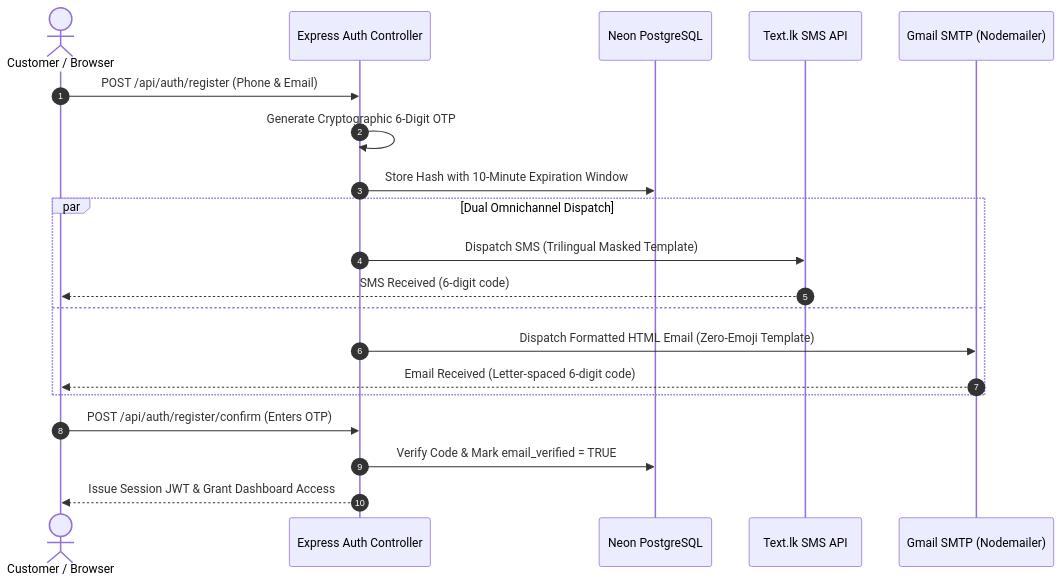
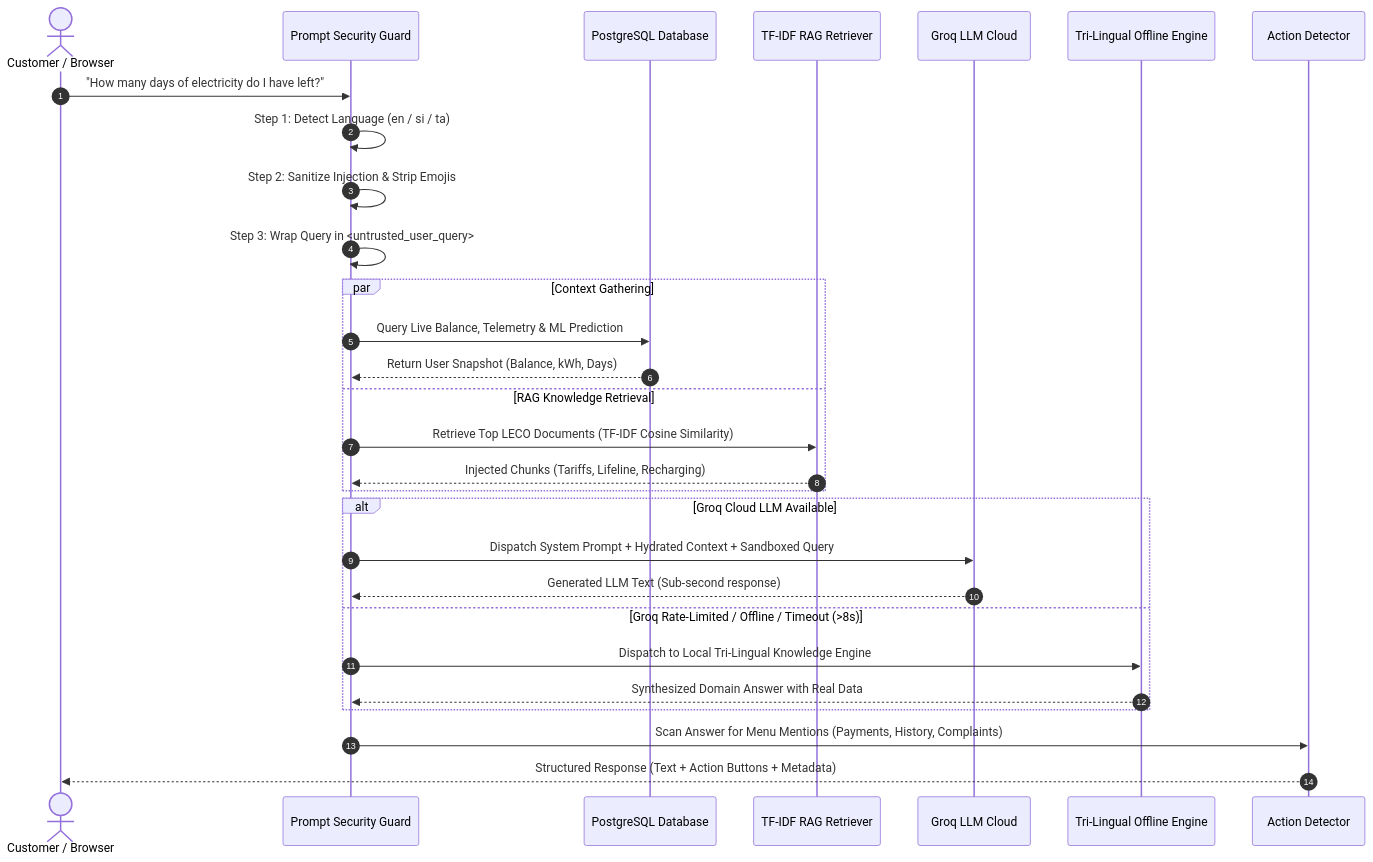
The second of 3 diagrams in README.md (kalharaCK/LECO-Smart-Electricity-Meter), drawn with Mermaid before and after one commit. The commit also changed other lines of this file, not shown here.

Commit message:
docs: complete enterprise README with deep-dive ML equations, RAG chatbot architecture, and component matrix

````diff
--- a/README.md
+++ b/README.md
@@ -459,25 +407,35 @@
 ```mermaid
 sequenceDiagram
     autonumber
     actor User as Customer / Browser
-    participant API as Express Auth Controller
-    participant DB as Neon PostgreSQL
-    participant SMS as Text.lk SMS API
-    participant SMTP as Gmail SMTP (Nodemailer)
+    participant PG as Prompt Security Guard
+    participant DB as PostgreSQL Database
+    participant RAG as TF-IDF RAG Retriever
+    participant LLM as Groq LLM Cloud
+    participant OFFLINE as Tri-Lingual Offline Engine
+    participant ACT as Action Detector
 
-    User->>API: POST /api/auth/register (Phone & Email)
-    API->>API: Generate Cryptographic 6-Digit OTP
-    API->>DB: Store Hash with 10-Minute Expiration Window
+    User->>PG: "How many days of electricity do I have left?"
+    PG->>PG: Step 1: Detect Language (en / si / ta)
+    PG->>PG: Step 2: Sanitize Injection & Strip Emojis
+    PG->>PG: Step 3: Wrap Query in <untrusted_user_query>
     
-    par Dual Omnichannel Dispatch
-        API->>SMS: Dispatch SMS (Trilingual Masked Template)
-        SMS-->>User: SMS Received (6-digit code)
-    and
-        API->>SMTP: Dispatch Formatted HTML Email (Zero-Emoji Template)
-        SMTP-->>User: Email Received (Letter-spaced 6-digit code)
+    par Context Gathering
+        PG->>DB: Query Live Balance, Telemetry & ML Prediction
+        DB-->>PG: Return User Snapshot (Balance, kWh, Days)
+    and RAG Knowledge Retrieval
+        PG->>RAG: Retrieve Top LECO Documents (TF-IDF Cosine Similarity)
+        RAG-->>PG: Injected Chunks (Tariffs, Lifeline, Recharging)
     end
 
-    User->>API: POST /api/auth/register/confirm (Enters OTP)
-    API->>DB: Verify Code & Mark email_verified = TRUE
-    API-->>User: Issue Session JWT & Grant Dashboard Access
+    alt Groq Cloud LLM Available
+        PG->>LLM: Dispatch System Prompt + Hydrated Context + Sandboxed Query
+        LLM-->>PG: Generated LLM Text (Sub-second response)
+    else Groq Rate-Limited / Offline / Timeout (>8s)
+        PG->>OFFLINE: Dispatch to Local Tri-Lingual Knowledge Engine
+        OFFLINE-->>PG: Synthesized Domain Answer with Real Data
+    end
+
+    PG->>ACT: Scan Answer for Menu Mentions (Payments, History, Complaints)
+    ACT-->>User: Structured Response (Text + Action Buttons + Metadata)
 ```
````
